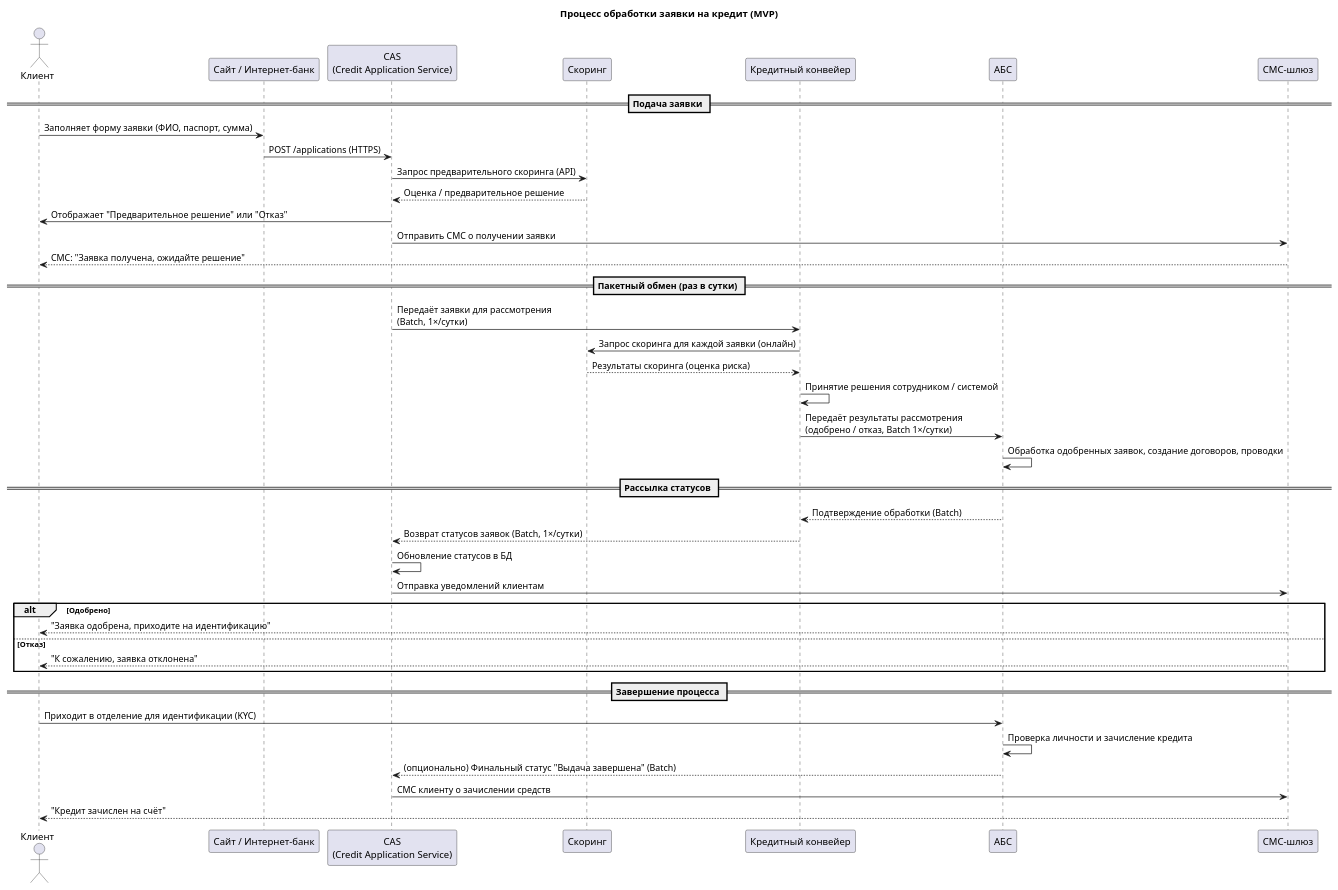
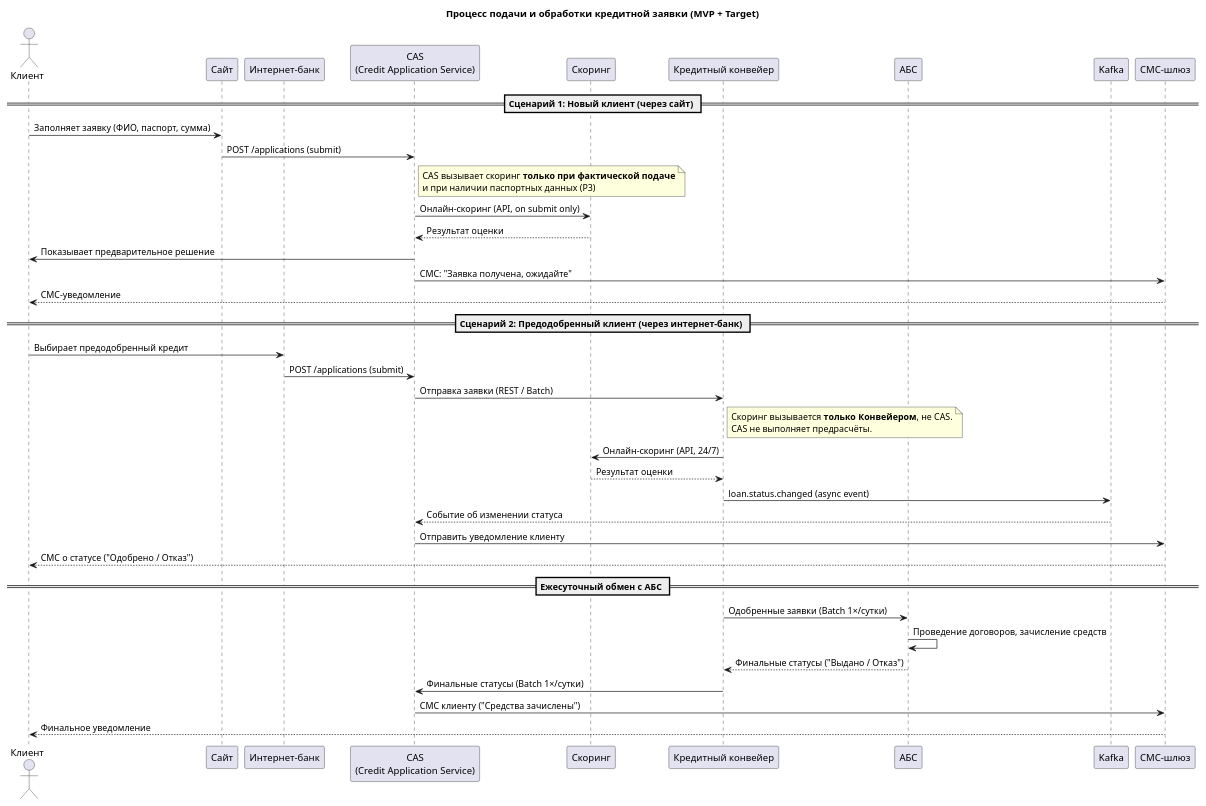
One commit to aymanstepanova/architecture-pro-standart changed the diagram in Task5/sequence.puml. Above: the diagram before and after it, drawn with PlantUML. The commit also changed 2 other files, not shown here.

Commit message:
задание 5. обновлена схема компонентов

```diff
--- a/Task5/sequence.puml
+++ b/Task5/sequence.puml
@@ -1,47 +1,50 @@
 @startuml
-title Процесс обработки заявки на кредит (MVP)
+title Процесс подачи и обработки кредитной заявки (MVP + Target)
 
 actor Клиент as Client
-participant "Сайт / Интернет-банк" as Front
+participant "Сайт" as Web
+participant "Интернет-банк" as IB
 participant "CAS\n(Credit Application Service)" as CAS
 participant "Скоринг" as Scoring
 participant "Кредитный конвейер" as Conveyor
 participant "АБС" as ABS
+participant "Kafka" as Kafka
 participant "СМС-шлюз" as SMS
 
-== Подача заявки ==
-Client -> Front : Заполняет форму заявки (ФИО, паспорт, сумма)
-Front -> CAS : POST /applications (HTTPS)
-CAS -> Scoring : Запрос предварительного скоринга (API)
-Scoring --> CAS : Оценка / предварительное решение
-CAS -> Client : Отображает "Предварительное решение" или "Отказ"
-CAS -> SMS : Отправить СМС о получении заявки
-SMS --> Client : СМС: "Заявка получена, ожидайте решение"
+== Сценарий 1: Новый клиент (через сайт) ==
+Client -> Web : Заполняет заявку (ФИО, паспорт, сумма)
+Web -> CAS : POST /applications (submit)
+note right of CAS
+  CAS вызывает скоринг **только при фактической подаче**
+  и при наличии паспортных данных (P3)
+end note
+CAS -> Scoring : Онлайн-скоринг (API, on submit only)
+Scoring --> CAS : Результат оценки
+CAS -> Client : Показывает предварительное решение
+CAS -> SMS : СМС: "Заявка получена, ожидайте"
+SMS --> Client : СМС-уведомление
 
-== Пакетный обмен (раз в сутки) ==
-CAS -> Conveyor : Передаёт заявки для рассмотрения\n(Batch, 1×/сутки)
-Conveyor -> Scoring : Запрос скоринга для каждой заявки (онлайн)
-Scoring --> Conveyor : Результаты скоринга (оценка риска)
-Conveyor -> Conveyor : Принятие решения сотрудником / системой
-Conveyor -> ABS : Передаёт результаты рассмотрения\n(одобрено / отказ, Batch 1×/сутки)
-ABS -> ABS : Обработка одобренных заявок, создание договоров, проводки
+== Сценарий 2: Предодобренный клиент (через интернет-банк) ==
+Client -> IB : Выбирает предодобренный кредит
+IB -> CAS : POST /applications (submit)
+CAS -> Conveyor : Отправка заявки (REST / Batch)
+note right of Conveyor
+  Скоринг вызывается **только Конвейером**, не CAS.
+  CAS не выполняет предрасчёты.
+end note
+Conveyor -> Scoring : Онлайн-скоринг (API, 24/7)
+Scoring --> Conveyor : Результат оценки
+Conveyor -> Kafka : loan.status.changed (async event)
+Kafka --> CAS : Событие об изменении статуса
+CAS -> SMS : Отправить уведомление клиенту
+SMS --> Client : СМС о статусе ("Одобрено / Отказ")
 
-== Рассылка статусов ==
-ABS --> Conveyor : Подтверждение обработки (Batch)
-Conveyor --> CAS : Возврат статусов заявок (Batch, 1×/сутки)
-CAS -> CAS : Обновление статусов в БД
-CAS -> SMS : Отправка уведомлений клиентам
-alt Одобрено
-  SMS --> Client : "Заявка одобрена, приходите на идентификацию"
-else Отказ
-  SMS --> Client : "К сожалению, заявка отклонена"
-end
-
-== Завершение процесса ==
-Client -> ABS : Приходит в отделение для идентификации (KYC)
-ABS -> ABS : Проверка личности и зачисление кредита
-ABS --> CAS : (опционально) Финальный статус "Выдача завершена" (Batch)
-CAS -> SMS : СМС клиенту о зачислении средств
-SMS --> Client : "Кредит зачислен на счёт"
+== Ежесуточный обмен с АБС ==
+Conveyor -> ABS : Одобренные заявки (Batch 1×/сутки)
+ABS -> ABS : Проведение договоров, зачисление средств
+ABS --> Conveyor : Финальные статусы ("Выдано / Отказ")
+Conveyor -> CAS : Финальные статусы (Batch 1×/сутки)
+CAS -> SMS : СМС клиенту ("Средства зачислены")
+SMS --> Client : Финальное уведомление
 
 @enduml
```
